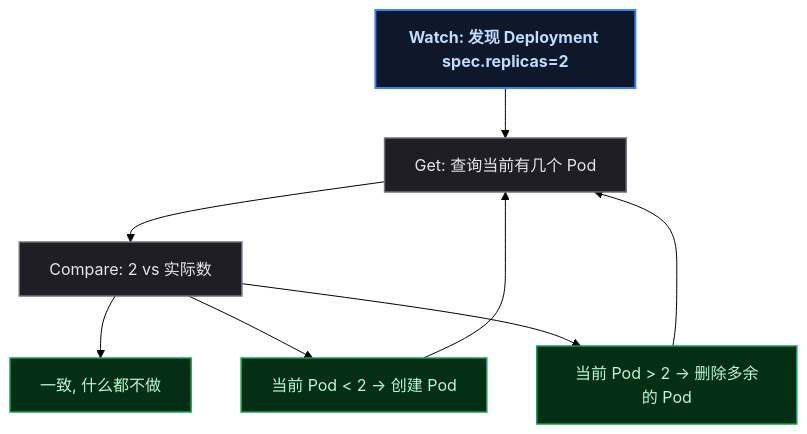
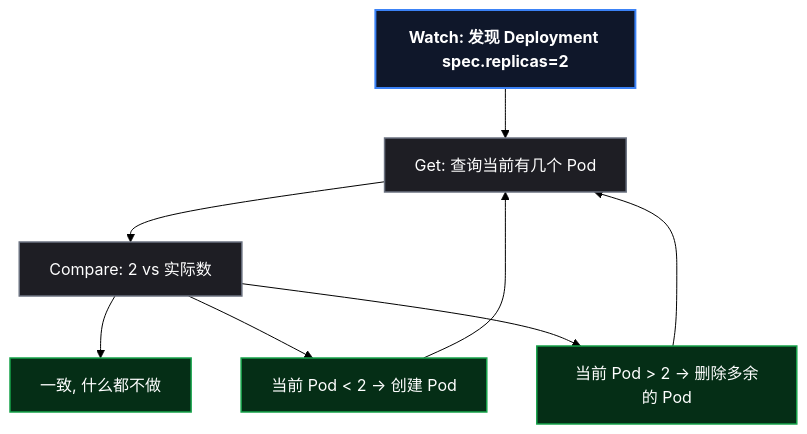
Before and after one commit to yaocat55/yaocat55.github.io: the third of 3 diagrams in content/posts/kubernetes/FirstK8sApplication.md, drawn with Mermaid (forest theme). The commit also changed other lines of this file and 27 other files, not shown here.

Commit message:
docs: 全系列 93 张 Mermaid 图 classDef 改为 style 强制深底白字(修复部分渲染器白底浅字)+历史文件格式清理

````diff
--- a/content/posts/kubernetes/FirstK8sApplication.md
+++ b/content/posts/kubernetes/FirstK8sApplication.md
@@ -598,26 +582,23 @@
 ```mermaid
 flowchart TD
   W["Watch: 发现 Deployment spec.replicas=2"]
   G["Get: 查询当前有几个 Pod"]
   C["Compare: 2 vs 实际数"]
   EQ["一致, 什么都不做"]
   LESS["当前 Pod < 2 → 创建 Pod"]
   MORE["当前 Pod > 2 → 删除多余的 Pod"]
 
   W --> G
   G --> C
   C --> EQ
   C --> LESS
   C --> MORE
   LESS --> G
   MORE --> G
-
-classDef watch fill:#0f172a,stroke:#3b82f6,stroke-width:2px,color:#bfdbfe,font-weight:bold;
-  class W watch
-
-classDef get fill:#1e1e24,stroke:#6b7280,stroke-width:1.5px,color:#e5e7eb;
-  class G,C get
-
-classDef action fill:#052e16,stroke:#16a34a,stroke-width:1.5px,color:#bbf7d0;
-  class EQ,LESS,MORE action
+    style W fill:#0f172a,stroke:#3b82f6,stroke-width:2px,color:#ffffff,font-weight:bold
+    style G fill:#1e1e24,stroke:#6b7280,stroke-width:1.5px,color:#ffffff
+    style C fill:#1e1e24,stroke:#6b7280,stroke-width:1.5px,color:#ffffff
+    style EQ fill:#052e16,stroke:#16a34a,stroke-width:1.5px,color:#ffffff
+    style LESS fill:#052e16,stroke:#16a34a,stroke-width:1.5px,color:#ffffff
+    style MORE fill:#052e16,stroke:#16a34a,stroke-width:1.5px,color:#ffffff
 ```
````
